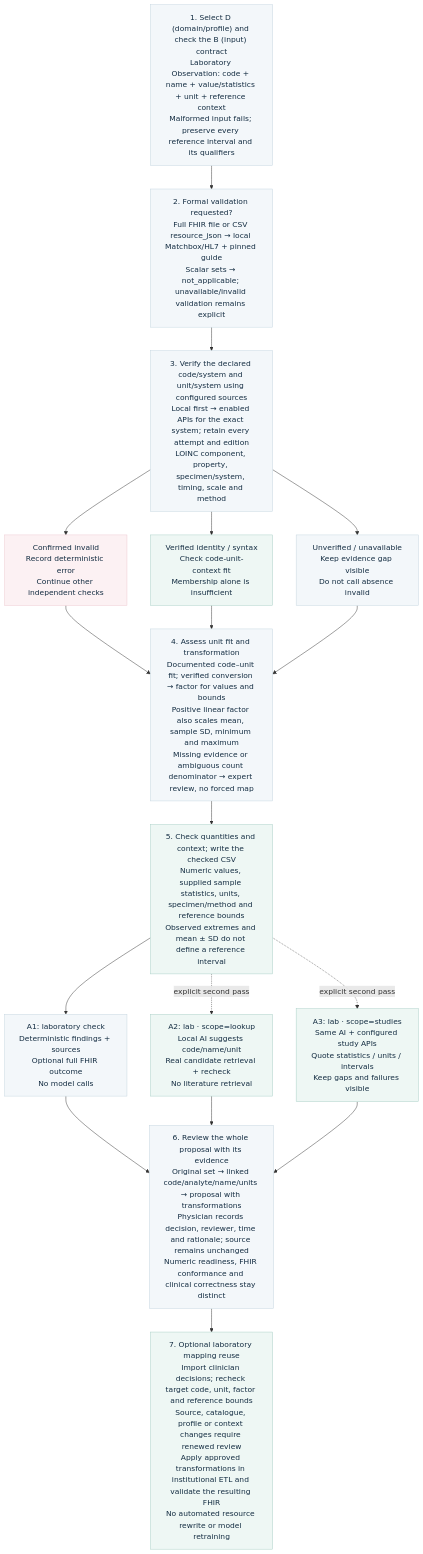
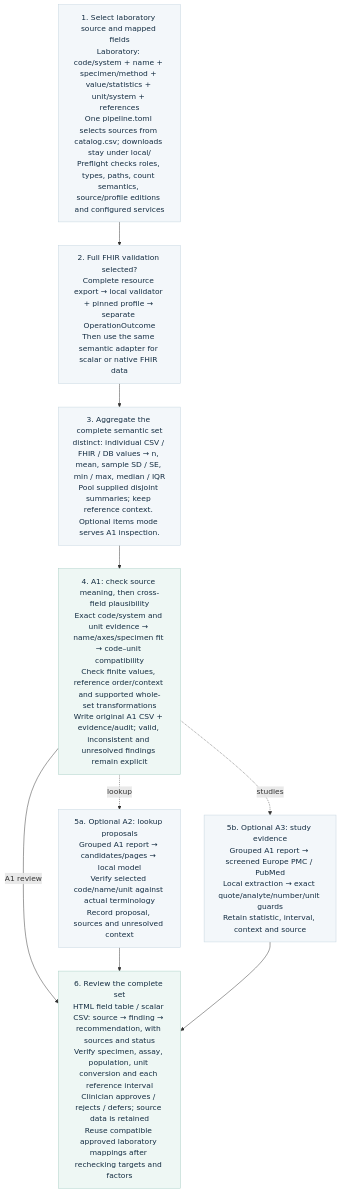
The diagram in docs/decision-flow.mmd (neumdan/semantic-plausibility), drawn with Mermaid before and after one commit. The commit also changed 152 other files, not shown here.

Commit message:
Simplify lab configuration, terminology catalogue and container setup

```diff
--- a/docs/decision-flow.mmd
+++ b/docs/decision-flow.mmd
@@ -1,37 +1,22 @@
 %% Same node/edge contract as decision-flow.svg.
 flowchart TD
-    CONTRACT["1. Select D (domain/profile) and check the B (input) contract<br/>Laboratory Observation: code + name + value/statistics + unit + reference context<br/>Malformed input fails; preserve every reference interval and its qualifiers"]
-    VALIDATION["2. Formal validation requested?<br/>Full FHIR file or CSV resource_json → local Matchbox/HL7 + pinned guide<br/>Scalar sets → not_applicable; unavailable/invalid validation remains explicit"]
-    LOOKUP["3. Verify the declared code/system and unit/system using configured sources<br/>Local first → enabled APIs for the exact system; retain every attempt and edition<br/>LOINC component, property, specimen/system, timing, scale and method"]
-    INVALID["Confirmed invalid<br/>Record deterministic error<br/>Continue other independent checks"]
-    VERIFIED["Verified identity / syntax<br/>Check code-unit-context fit<br/>Membership alone is insufficient"]
-    UNKNOWN["Unverified / unavailable<br/>Keep evidence gap visible<br/>Do not call absence invalid"]
-    FIT["4. Assess unit fit and transformation<br/>Documented code–unit fit; verified conversion → factor for values and bounds<br/>Positive linear factor also scales mean, sample SD, minimum and maximum<br/>Missing evidence or ambiguous count denominator → expert review, no forced map"]
-    NUMERIC["5. Check quantities and context; write the checked CSV<br/>Numeric values, supplied sample statistics, units, specimen/method and reference bounds<br/>Observed extremes and mean ± SD do not define a reference interval"]
-    NO_AI["A1: laboratory check<br/>Deterministic findings + sources<br/>Optional full FHIR outcome<br/>No model calls"]
-    AI["A2: lab · scope=lookup<br/>Local AI suggests code/name/unit<br/>Real candidate retrieval + recheck<br/>No literature retrieval"]
-    EVIDENCE["A3: lab · scope=studies<br/>Same AI + configured study APIs<br/>Quote statistics / units / intervals<br/>Keep gaps and failures visible"]
-    REVIEW["6. Review the whole proposal with its evidence<br/>Original set → linked code/analyte/name/units → proposal with transformations<br/>Physician records decision, reviewer, time and rationale; source remains unchanged<br/>Numeric readiness, FHIR conformance and clinical correctness stay distinct"]
-    REUSE["7. Optional laboratory mapping reuse<br/>Import clinician decisions; recheck target code, unit, factor and reference bounds<br/>Source, catalogue, profile or context changes require renewed review<br/>Apply approved transformations in institutional ETL and validate the resulting FHIR<br/>No automated resource rewrite or model retraining"]
-    CONTRACT --> VALIDATION
-    VALIDATION --> LOOKUP
-    LOOKUP --> INVALID
-    LOOKUP --> VERIFIED
-    LOOKUP --> UNKNOWN
-    INVALID --> FIT
-    VERIFIED --> FIT
-    UNKNOWN --> FIT
-    FIT --> NUMERIC
-    NUMERIC --> NO_AI
-    NUMERIC -.-> |"explicit second pass"| AI
-    NUMERIC -.-> |"explicit second pass"| EVIDENCE
-    NO_AI --> REVIEW
-    AI --> REVIEW
-    EVIDENCE --> REVIEW
-    REVIEW --> REUSE
+    CONTRACT["1. Select laboratory source and mapped fields<br/>Laboratory: code/system + name + specimen/method + value/statistics + unit/system + references<br/>One pipeline.toml selects sources from catalog.csv; downloads stay under local/<br/>Preflight checks roles, types, paths, count semantics, source/profile editions and configured services"]
+    FHIR["2. Full FHIR validation selected?<br/>Complete resource export → local validator + pinned profile → separate OperationOutcome<br/>Then use the same semantic adapter for scalar or native FHIR data"]
+    GROUP["3. Aggregate the complete semantic set<br/>distinct: individual CSV / FHIR / DB values → n, mean, sample SD / SE, min / max, median / IQR<br/>Pool supplied disjoint summaries; keep reference context. Optional items mode serves A1 inspection."]
+    A1["4. A1: check source meaning, then cross-field plausibility<br/>Exact code/system and unit evidence → name/axes/specimen fit → code–unit compatibility<br/>Check finite values, reference order/context and supported whole-set transformations<br/>Write original A1 CSV + evidence/audit; valid, inconsistent and unresolved findings remain explicit"]
+    A2["5a. Optional A2: lookup proposals<br/>Grouped A1 report → candidates/pages → local model<br/>Verify selected code/name/unit against actual terminology<br/>Record proposal, sources and unresolved context"]
+    A3["5b. Optional A3: study evidence<br/>Grouped A1 report → screened Europe PMC / PubMed<br/>Local extraction → exact quote/analyte/number/unit guards<br/>Retain statistic, interval, context and source"]
+    REVIEW["6. Review the complete set<br/>HTML field table / scalar CSV: source → finding → recommendation, with sources and status<br/>Verify specimen, assay, population, unit conversion and each reference interval<br/>Clinician approves / rejects / defers; source data is retained<br/>Reuse compatible approved laboratory mappings after rechecking targets and factors"]
+    CONTRACT --> FHIR
+    FHIR --> GROUP
+    GROUP --> A1
+    A1 -.-> |"lookup"| A2
+    A1 -.-> |"studies"| A3
+    A1 --> |"A1 review"| REVIEW
+    A2 --> REVIEW
+    A3 --> REVIEW
     classDef normal fill:#f3f7fa,stroke:#c4d5df,color:#142d42
-    class CONTRACT,VALIDATION,LOOKUP,UNKNOWN,FIT,NO_AI,REVIEW normal
+    class CONTRACT,FHIR,GROUP,A2,A3 normal
     classDef teal fill:#eef7f4,stroke:#a8cfc6,color:#142d42
-    class VERIFIED,NUMERIC,AI,EVIDENCE,REUSE teal
+    class A1,REVIEW teal
     classDef error fill:#fcf1f3,stroke:#ecc7cf,color:#142d42
-    class INVALID error
```
